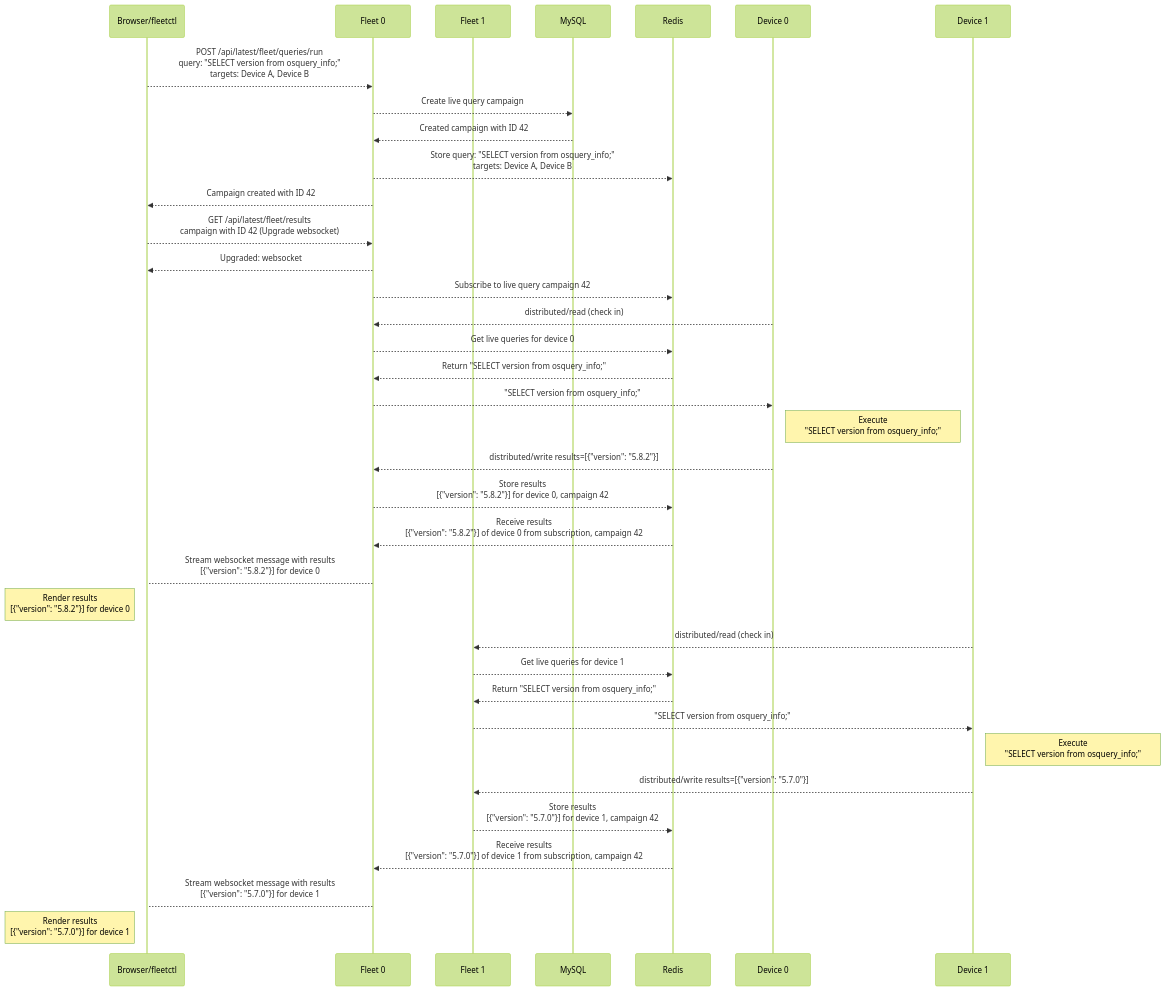
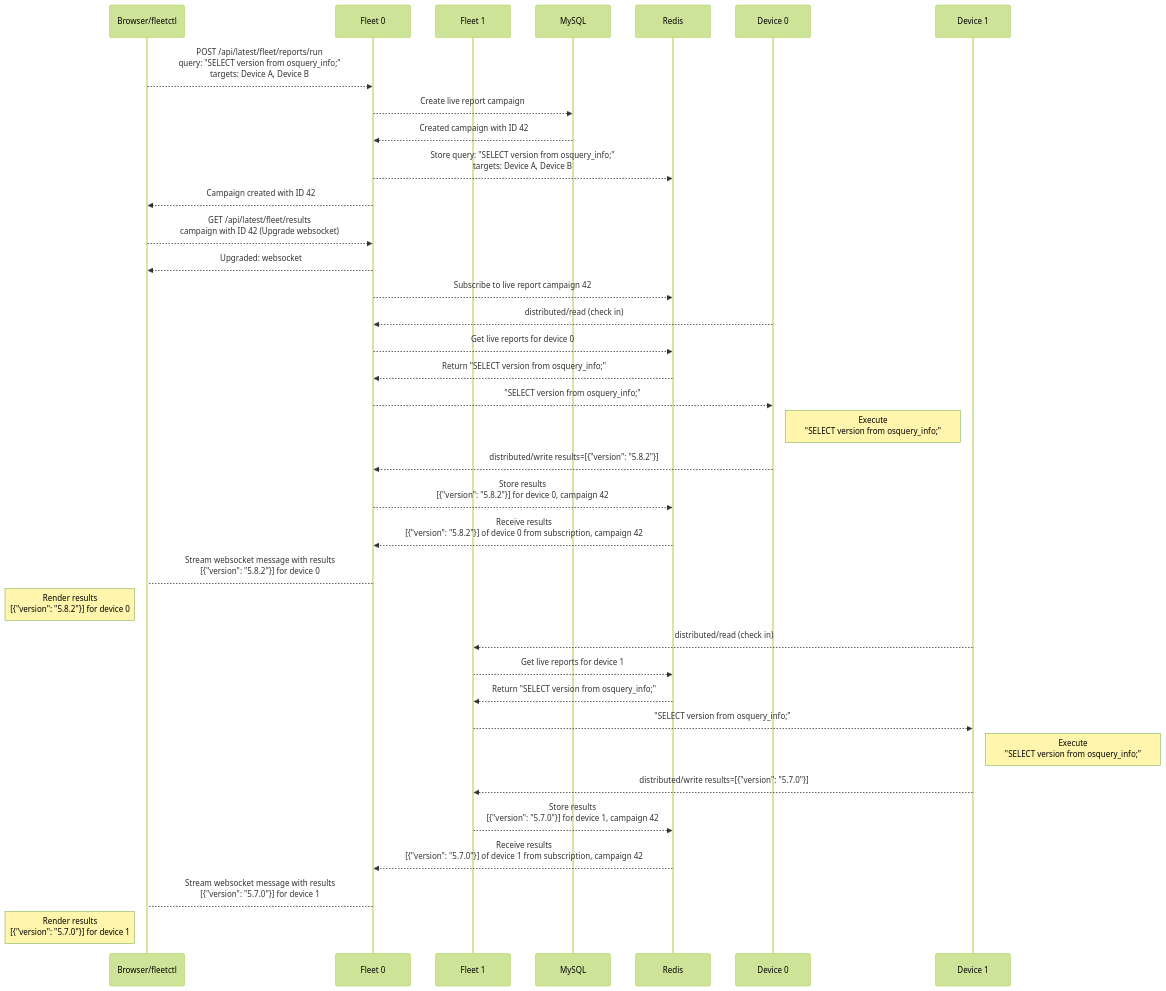
One commit to fleetdm/fleet changed the diagram in docs/Contributing/guides/troubleshooting-live-queries.md. Above: the diagram before and after it, drawn with Mermaid (forest theme). The commit also changed other lines of this file and 48 other files, not shown here.

First line of the commit message:
Update reference docs for teams→fleets and queries→reports rename

````diff
--- a/docs/Contributing/guides/troubleshooting-live-queries.md
+++ b/docs/Contributing/guides/troubleshooting-live-queries.md
@@ -7,49 +7,49 @@
 ```mermaid
 
 sequenceDiagram
     participant browser as Browser/fleetctl;
     participant fleet as Fleet 0;
     participant fleet2 as Fleet 1;
     participant mysql as MySQL;
     participant redis as Redis;
     participant device0 as Device 0;
     participant device1 as Device 1;
 
-    # Start live query campaign (stage 1)
-    browser-->>fleet: POST /api/latest/fleet/queries/run<br>query: "SELECT version from osquery_info#59;"<br>targets: Device A, Device B;
-    fleet-->>mysql: Create live query campaign;
+    # Start live report campaign (stage 1)
+    browser-->>fleet: POST /api/latest/fleet/reports/run<br>query: "SELECT version from osquery_info#59;"<br>targets: Device A, Device B;
+    fleet-->>mysql: Create live report campaign;
     mysql-->>fleet: Created campaign with ID 42;
     fleet-->>redis: Store query: "SELECT version from osquery_info#59;"<br>targets: Device A, Device B;
     fleet-->>browser: Campaign created with ID 42;
 
-    # Subscribe for live query campaign (stage 2)
+    # Subscribe for live report campaign (stage 2)
     browser-->>fleet: GET /api/latest/fleet/results<br>campaign with ID 42 (Upgrade websocket);
     fleet-->>browser: Upgraded: websocket;
-    fleet-->>redis: Subscribe to live query campaign 42;
+    fleet-->>redis: Subscribe to live report campaign 42;
 
     # Device0 checks in, run query and send results back (stage 3)
     device0-->>fleet: distributed/read (check in);
-    fleet-->>redis: Get live queries for device 0;
+    fleet-->>redis: Get live reports for device 0;
     redis-->>fleet: Return "SELECT version from osquery_info#59;";
     fleet-->>device0: "SELECT version from osquery_info#59;";
     note right of device0: Execute<br>"SELECT version from osquery_info#59;";
     device0-->>fleet: distributed/write results=[{"version": "5.8.2"}];
     fleet-->>redis: Store results<br>[{"version": "5.8.2"}] for device 0, campaign 42;
 
     redis-->>fleet: Receive results<br>[{"version": "5.8.2"}] of device 0 from subscription, campaign 42;
     fleet-->browser: Stream websocket message with results<br>[{"version": "5.8.2"}] for device 0;
     note left of browser: Render results<br>[{"version": "5.8.2"}] for device 0;
     
     # Device1 checks in, run query and send results back (stage 3)
     device1-->>fleet2: distributed/read (check in);
-    fleet2-->>redis: Get live queries for device 1;
+    fleet2-->>redis: Get live reports for device 1;
     redis-->>fleet2: Return "SELECT version from osquery_info#59;";
     fleet2-->>device1: "SELECT version from osquery_info#59;";
     note right of device1: Execute<br>"SELECT version from osquery_info#59;";
     device1-->>fleet2: distributed/write results=[{"version": "5.7.0"}];
     fleet2-->>redis: Store results<br>[{"version": "5.7.0"}] for device 1, campaign 42;
     
     redis-->>fleet: Receive results<br>[{"version": "5.7.0"}] of device 1 from subscription, campaign 42;
     fleet-->browser: Stream websocket message with results<br>[{"version": "5.7.0"}] for device 1;
     note left of browser: Render results<br>[{"version": "5.7.0"}] for device 1;
 ```
````
